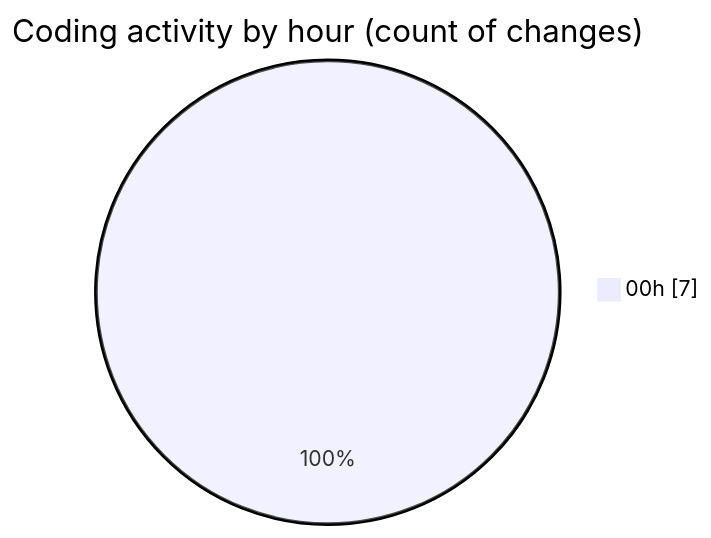
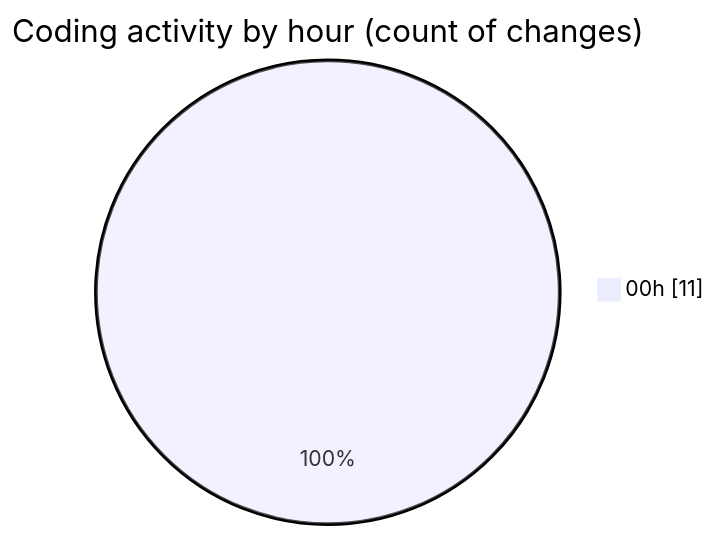
The second of 2 diagrams in 2025-01-04/my-code-activity-ext/README.md (ernivani/code-tracking), drawn with Mermaid before and after one commit. The commit also changed other lines of this file and 1 other file, not shown here.

````diff
--- a/2025-01-04/my-code-activity-ext/README.md
+++ b/2025-01-04/my-code-activity-ext/README.md
@@ -30,5 +34,5 @@
 ```mermaid
 pie showData
 title Coding activity by hour (count of changes)
-"00h" : 7
+"00h" : 11
 ```
````
